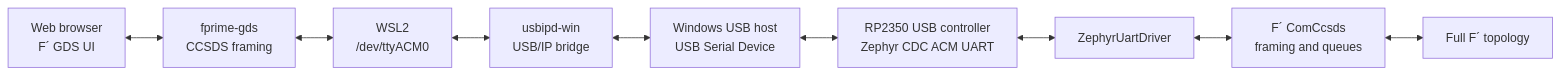
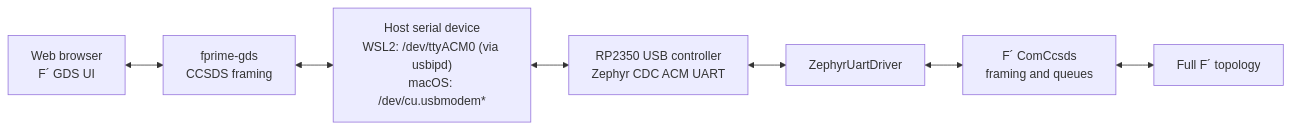
Before and after one commit to LucaLanzi/fprime-billee-rcm: the first of 4 diagrams in README.md, drawn with Mermaid. The commit also changed other lines of this file and 11 other files, not shown here.

````diff
--- a/README.md
+++ b/README.md
@@ -156,21 +183,17 @@
 ```mermaid
 flowchart LR
     Browser["Web browser<br/>F´ GDS UI"]
     GDS["fprime-gds<br/>CCSDS framing"]
-    TTY["WSL2<br/>/dev/ttyACM0"]
-    USBIP["usbipd-win<br/>USB/IP bridge"]
-    WinUSB["Windows USB host<br/>USB Serial Device"]
+    Host["Host serial device<br/>WSL2: /dev/ttyACM0 (via usbipd)<br/>macOS: /dev/cu.usbmodem*"]
     CDC["RP2350 USB controller<br/>Zephyr CDC ACM UART"]
     Driver["ZephyrUartDriver"]
     CCSDS["F´ ComCcsds<br/>framing and queues"]
     Topology["Full F´ topology"]
 
     Browser <--> GDS
-    GDS <--> TTY
-    TTY <--> USBIP
-    USBIP <--> WinUSB
-    WinUSB <--> CDC
+    GDS <--> Host
+    Host <--> CDC
     CDC <--> Driver
     Driver <--> CCSDS
     CCSDS <--> Topology
 ```
````
